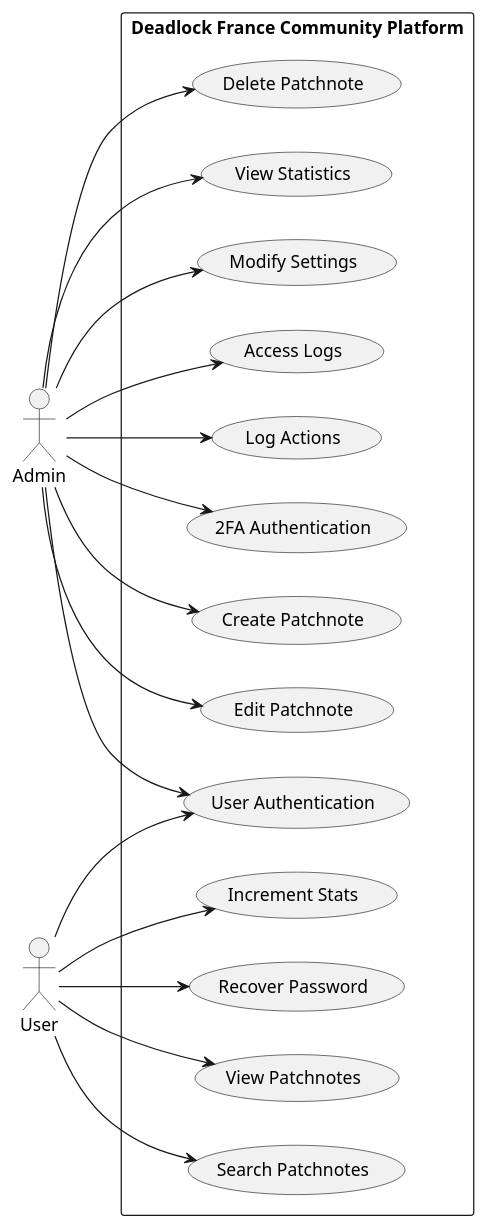
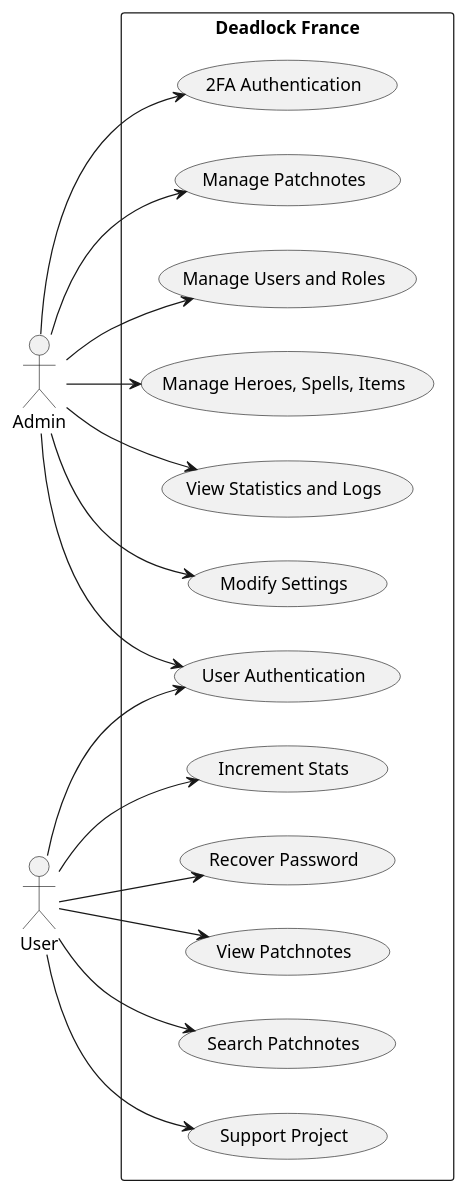
Before and after one commit to Neyticom/Deadlock-France-webapp-front: the diagram in docs/concept/use case.puml, drawn with PlantUML. The commit also changed other lines of this file and 16 other files, not shown here.

Commit message:
docs: update MCD, MLD, ERD, endpoints, errors, diagrams and user-stories

```diff
--- a/docs/concept/use case.puml
+++ b/docs/concept/use case.puml
@@ -1,28 +1,27 @@
 @startuml
 
 left to right direction
 
 actor Admin
 actor User
 
-rectangle "Deadlock France Community Platform" {
+rectangle "Deadlock France" {
+
 
     Admin --> (User Authentication)
     Admin --> (2FA Authentication)
-    Admin --> (Create Patchnote)
-    Admin --> (Edit Patchnote)
-    Admin --> (Delete Patchnote)
-    Admin --> (View Statistics)
+    Admin --> (Manage Patchnotes)
+    Admin --> (Manage Users and Roles)
+    Admin --> (Manage Heroes, Spells, Items)
+    Admin --> (View Statistics and Logs)
     Admin --> (Modify Settings)
-    Admin --> (Access Logs)
-    Admin --> (Log Actions)
-
+    
     User --> (User Authentication)
-    User --> (Recover Password)
     User --> (View Patchnotes)
     User --> (Search Patchnotes)
+    User --> (Support Project)
     User --> (Increment Stats)
-
+    User --> (Recover Password)
 }
 
 @enduml
```
